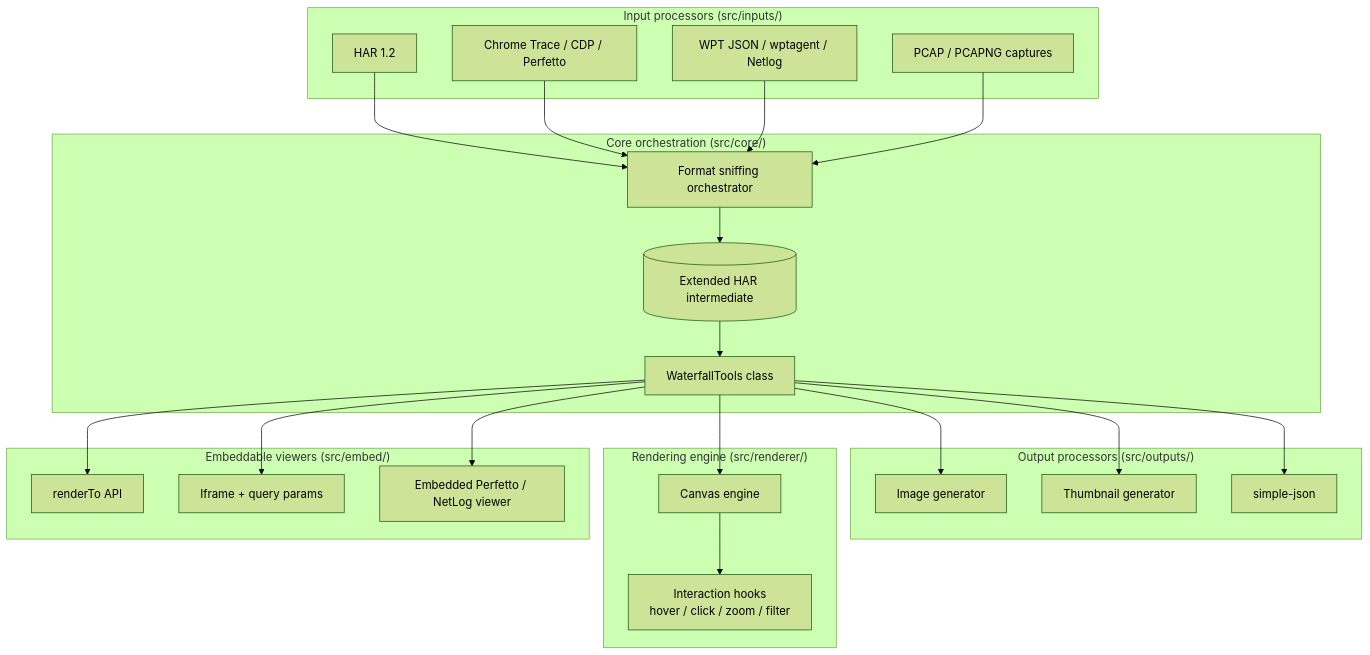
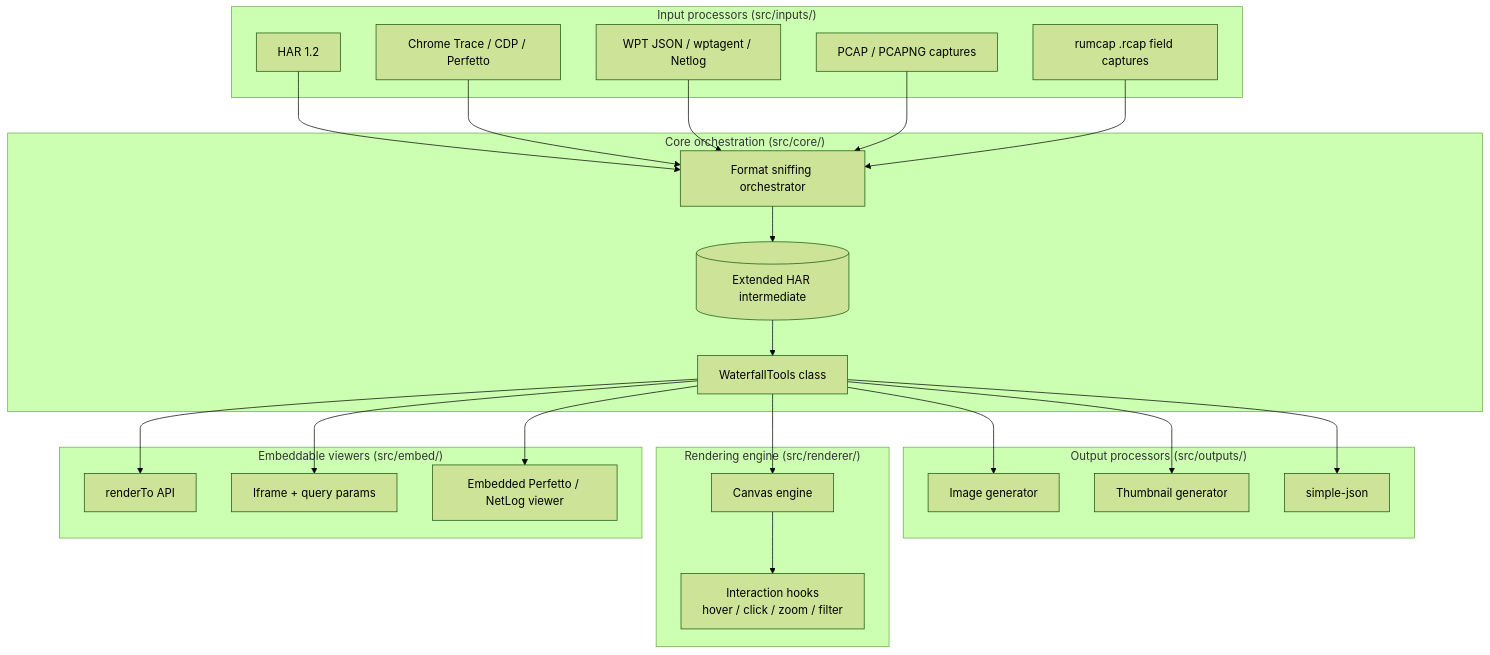
One commit to pmeenan/waterfall-tools changed the diagram in Docs/Architecture.md. Above: the diagram before and after it, drawn with Mermaid (forest theme). The commit also changed other lines of this file and 68 other files, not shown here.

````diff
--- a/Docs/Architecture.md
+++ b/Docs/Architecture.md
@@ -16,51 +16,53 @@
 ```mermaid
 graph TD
     subgraph Inputs ["Input processors (src/inputs/)"]
         HAR[HAR 1.2]
         ChromeTrace[Chrome Trace / CDP / Perfetto]
         WPT[WPT JSON / wptagent / Netlog]
         Tcpdump[PCAP / PCAPNG captures]
+        Rumcap[rumcap .rcap field captures]
     end
 
     subgraph Core ["Core orchestration (src/core/)"]
         Orchestrator[Format sniffing orchestrator]
         HAR_Ext[(Extended HAR intermediate)]
         Conductor[WaterfallTools class]
     end
 
     subgraph Outputs ["Output processors (src/outputs/)"]
         ImageGen[Image generator]
         ThumbGen[Thumbnail generator]
         JSONGen[simple-json]
     end
 
     subgraph Renderer ["Rendering engine (src/renderer/)"]
         Canvas[Canvas engine]
         Interactions[Interaction hooks<br/>hover / click / zoom / filter]
     end
 
     subgraph Embed ["Embeddable viewers (src/embed/)"]
         DirectEmbed[renderTo API]
         Iframe[Iframe + query params]
         External[Embedded Perfetto / NetLog viewer]
     end
 
     HAR --> Orchestrator
     ChromeTrace --> Orchestrator
     WPT --> Orchestrator
     Tcpdump --> Orchestrator
+    Rumcap --> Orchestrator
 
     Orchestrator --> HAR_Ext
     HAR_Ext --> Conductor
 
     Conductor --> ImageGen
     Conductor --> ThumbGen
     Conductor --> JSONGen
 
     Conductor --> Canvas
     Canvas --> Interactions
 
     Conductor --> DirectEmbed
     Conductor --> Iframe
     Conductor --> External
 ```
````
